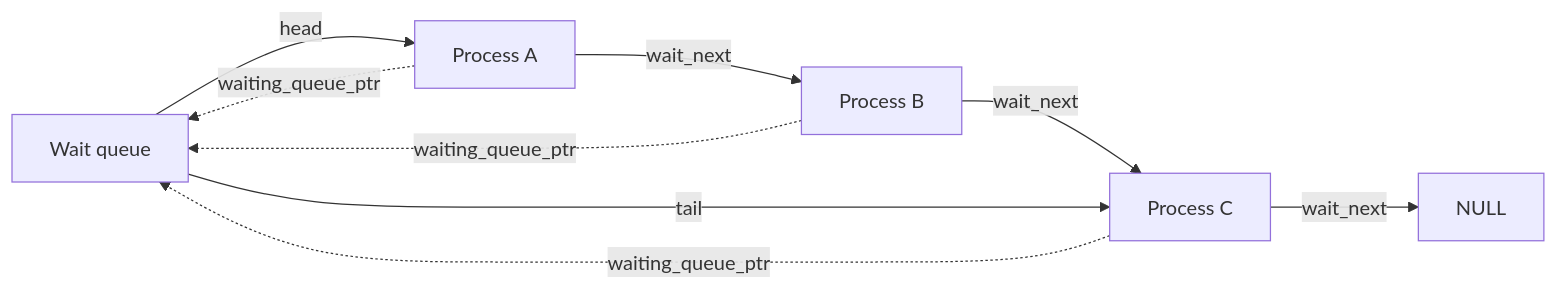
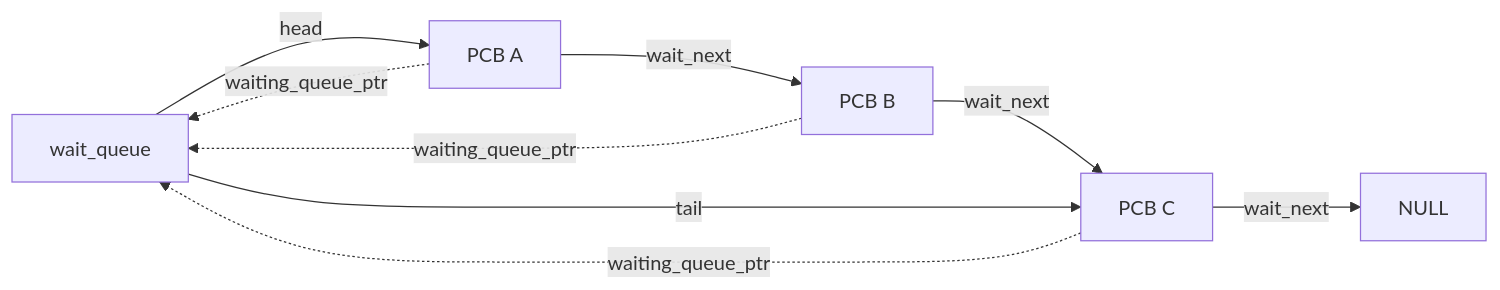
Before and after one commit to matthejue/Pico-OS: the ninth of 24 diagrams in README.md, drawn with Mermaid. The commit also changed other lines of this file and 19 other files, not shown here.

````diff
--- a/README.md
+++ b/README.md
@@ -1736,11 +1336,11 @@
 ```mermaid
 flowchart LR
-    Q["Wait queue"] -->|head| A["Process A"]
-    A -->|wait_next| B["Process B"]
-    B -->|wait_next| C["Process C"]
+    Q["wait_queue"] -->|head| A["PCB A"]
+    A -->|wait_next| B["PCB B"]
+    B -->|wait_next| C["PCB C"]
     C -->|wait_next| N["NULL"]
     Q -->|tail| C
     A -. waiting_queue_ptr .-> Q
     B -. waiting_queue_ptr .-> Q
     C -. waiting_queue_ptr .-> Q
 ```
````
